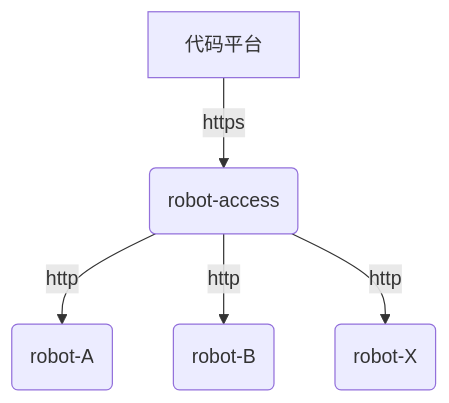
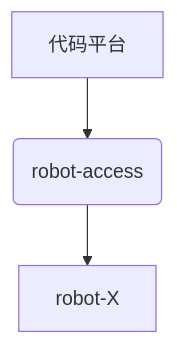
Before and after one commit to yangwei999/doc: the first of 2 diagrams in speed_control_test.md, drawn with Mermaid. The commit also changed other lines of this file, not shown here.

````diff
--- a/speed_control_test.md
+++ b/speed_control_test.md
@@ -7,7 +7,6 @@
 ```mermaid
 graph TD
-A[代码平台]-->|https|B(robot-access)
-B -->|http|C(robot-A)
-B -->|http|D(robot-B)
-B -->|http|E(robot-X)
+A[代码平台]-->B(robot-access)
+
+B -->robot-X
 ```
````
